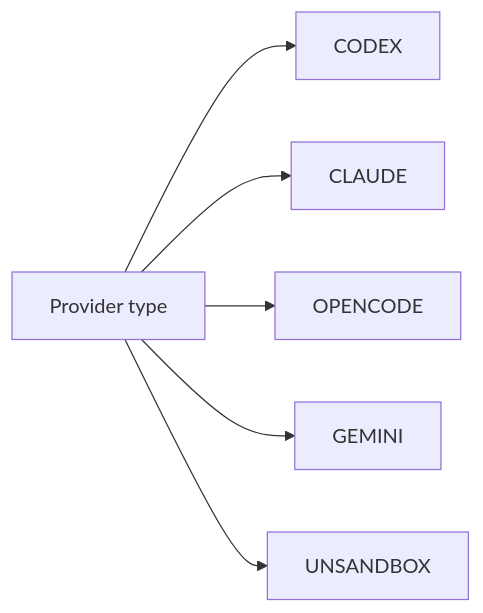
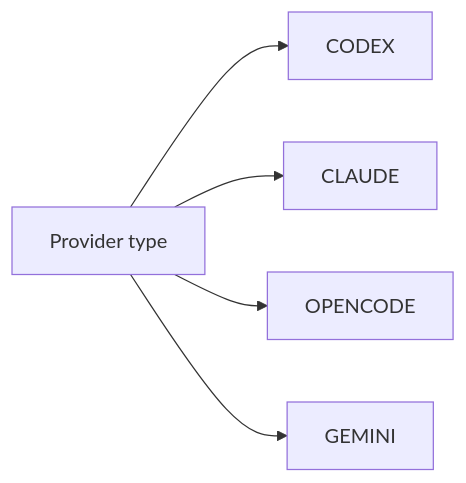
Before and after one commit to bradAGI/Orchestra: the first of 3 diagrams in docs/backend/agents.md, drawn with Mermaid. The commit also changed other lines of this file and 1 other file, not shown here.

````diff
--- a/docs/backend/agents.md
+++ b/docs/backend/agents.md
@@ -9,8 +9,7 @@
 ```mermaid
 graph LR
     P[Provider type] --> CODEX
     P --> CLAUDE
     P --> OPENCODE
     P --> GEMINI
-    P --> UNSANDBOX
 ```
````
